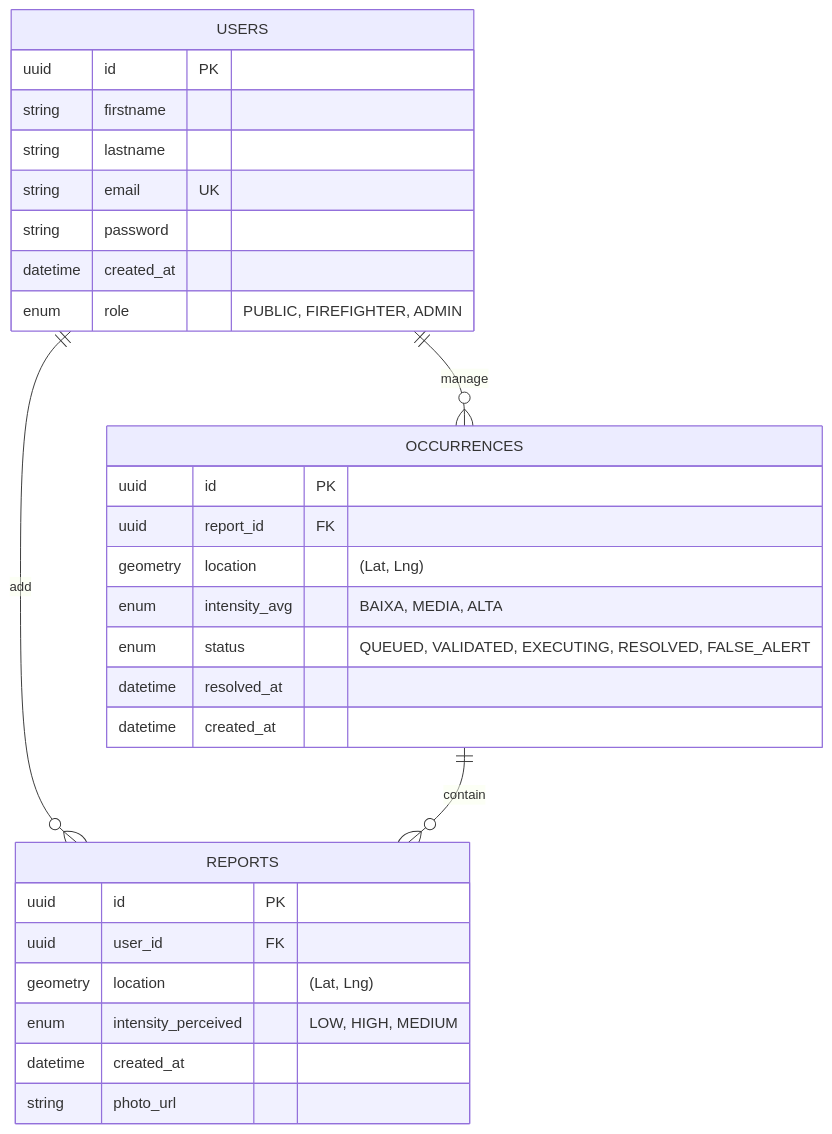
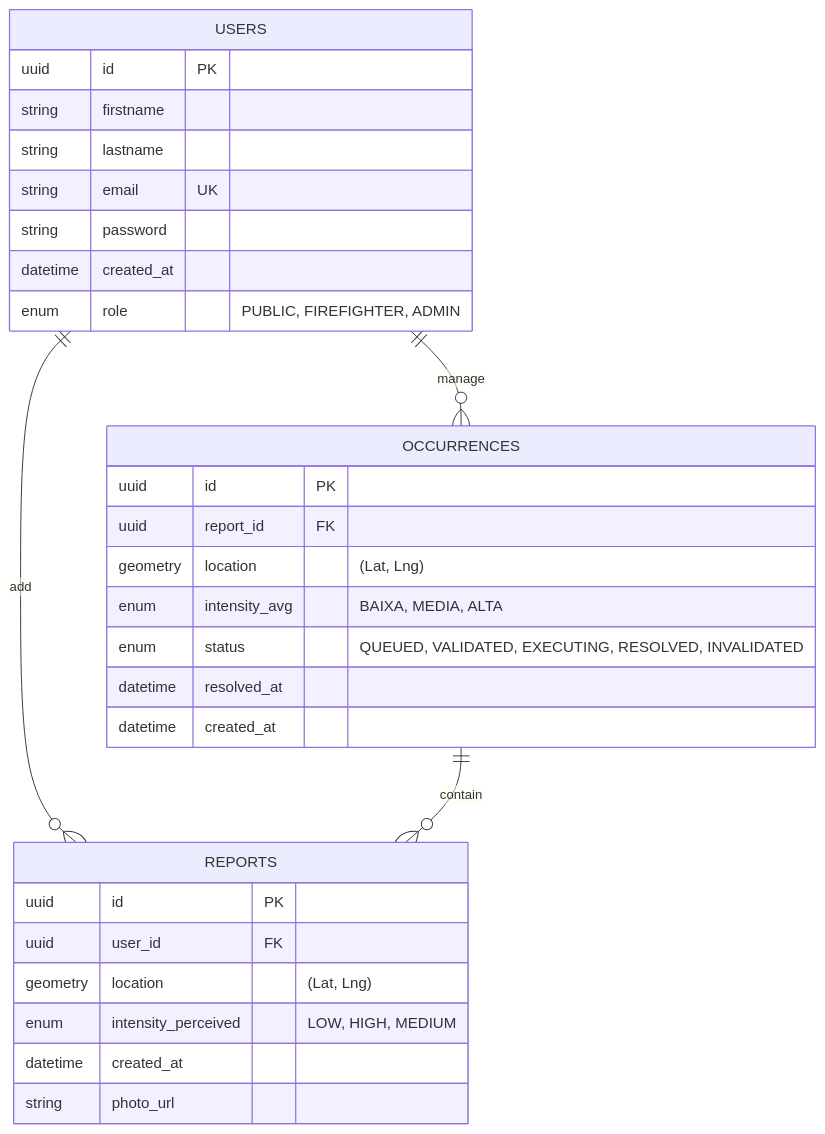
One commit to zetta-lab-fire-control/fire-control-api changed the diagram in docs/schema.md. Above: the diagram before and after it, drawn with Mermaid. The commit also changed 20 other files, not shown here.

````diff
--- a/docs/schema.md
+++ b/docs/schema.md
@@ -9,40 +9,40 @@
 ```mermaid
 
 erDiagram
 
     USERS {
         uuid id PK
         string firstname
         string lastname
         string email UK
         string password
         datetime created_at
         enum role "PUBLIC, FIREFIGHTER, ADMIN"
 
     }
 
     OCCURRENCES {
         uuid id PK
         uuid report_id FK
         geometry location "(Lat, Lng)"
         enum intensity_avg "BAIXA, MEDIA, ALTA"
-        enum status "QUEUED, VALIDATED, EXECUTING, RESOLVED, FALSE_ALERT"
+        enum status "QUEUED, VALIDATED, EXECUTING, RESOLVED, INVALIDATED"
         datetime resolved_at
         datetime created_at
     }
 
     REPORTS {
         uuid id PK
         uuid user_id FK
         geometry location "(Lat, Lng)"
         enum intensity_perceived "LOW, HIGH, MEDIUM"
         datetime created_at
         string photo_url
     }
 
     %% Relacionamentos
     USERS ||--o{ REPORTS : "add"
     USERS ||--o{ OCCURRENCES : "manage"
     OCCURRENCES ||--o{ REPORTS : "contain"
 
 ```
````
